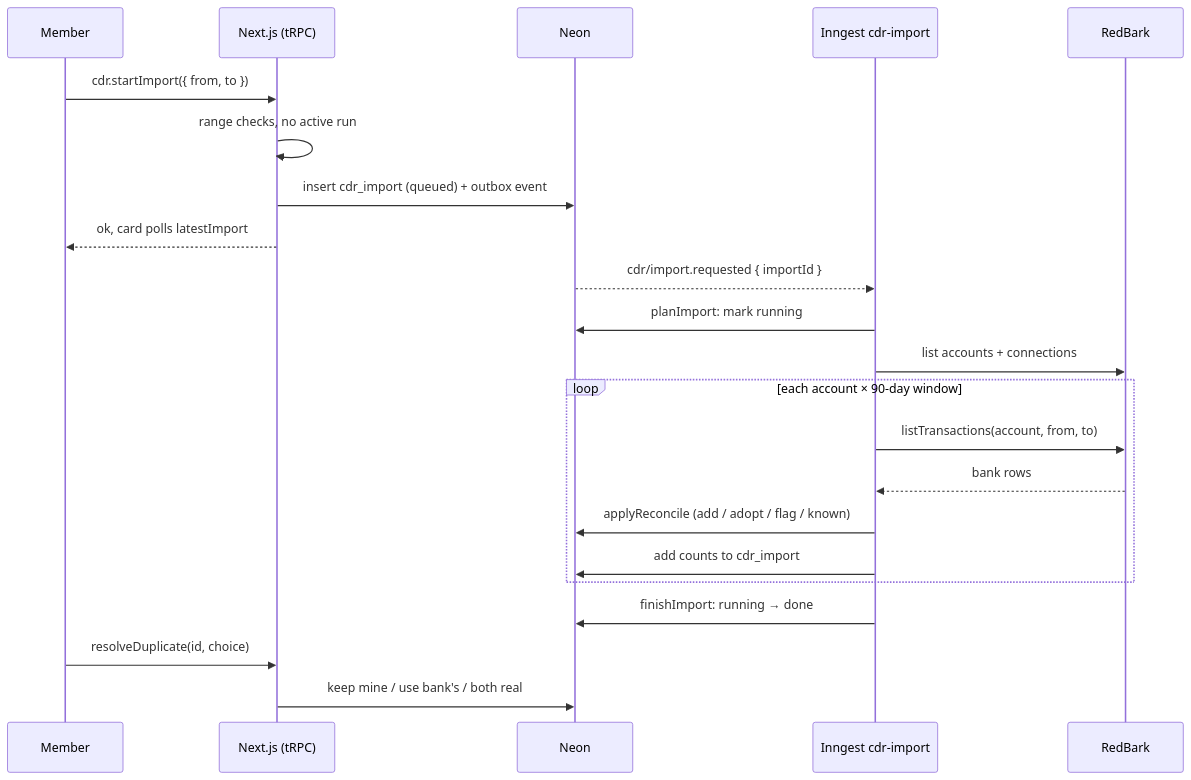
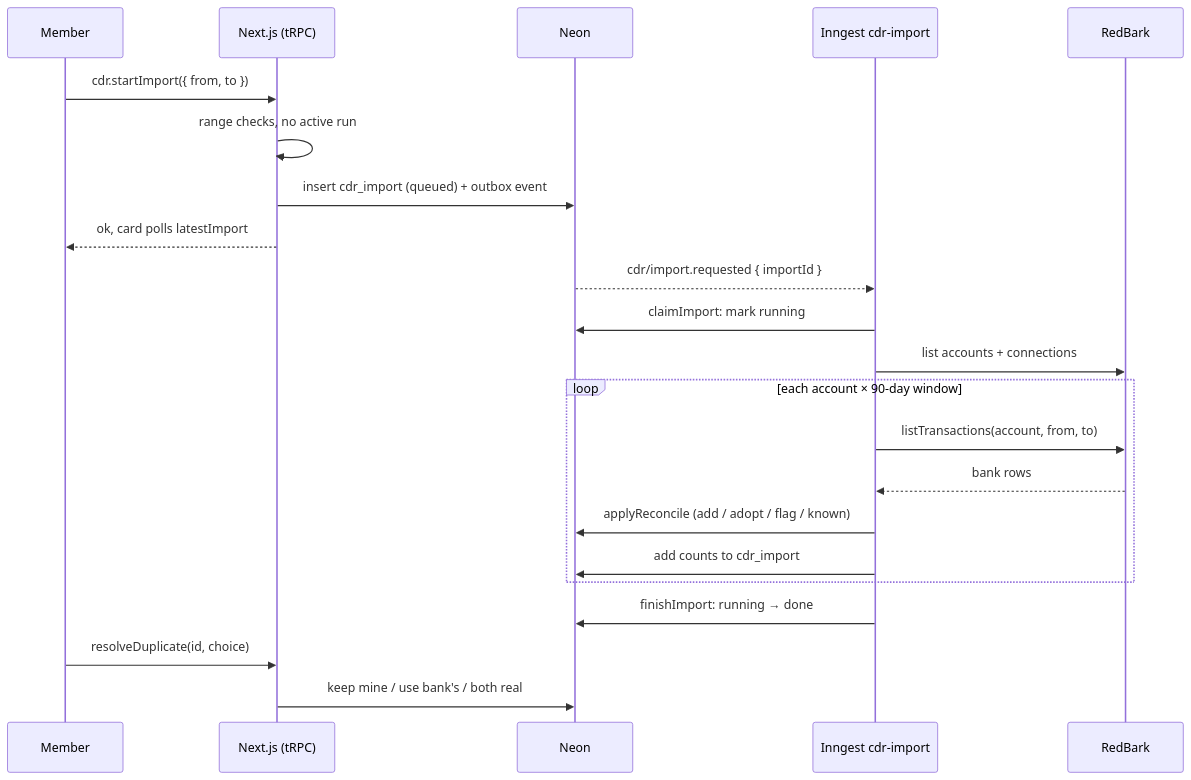
One commit to samjmarshall/personal-finance changed the first of 2 diagrams in docs/feature/history-import.md. Above: the diagram before and after it, drawn with Mermaid. The commit also changed other lines of this file and 5 other files, not shown here.

First line of the commit message:
fix(cdr): claim import in its own step

````diff
--- a/docs/feature/history-import.md
+++ b/docs/feature/history-import.md
@@ -73,25 +73,25 @@
 ```mermaid
 sequenceDiagram
     participant M as Member
     participant App as Next.js (tRPC)
     participant DB as Neon
     participant Job as Inngest cdr-import
     participant RB as RedBark
 
     M->>App: cdr.startImport({ from, to })
     App->>App: range checks, no active run
     App->>DB: insert cdr_import (queued) + outbox event
     App-->>M: ok, card polls latestImport
     DB-->>Job: cdr/import.requested { importId }
-    Job->>DB: planImport: mark running
+    Job->>DB: claimImport: mark running
     Job->>RB: list accounts + connections
     loop each account × 90-day window
         Job->>RB: listTransactions(account, from, to)
         RB-->>Job: bank rows
         Job->>DB: applyReconcile (add / adopt / flag / known)
         Job->>DB: add counts to cdr_import
     end
     Job->>DB: finishImport: running → done
     M->>App: resolveDuplicate(id, choice)
     App->>DB: keep mine / use bank's / both real
 ```
````
